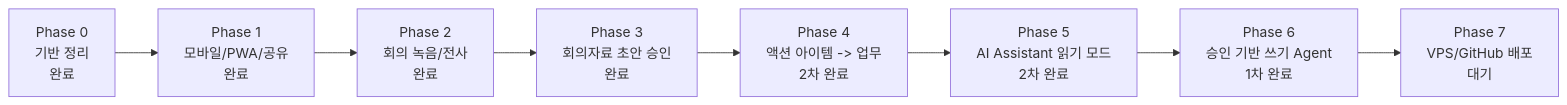
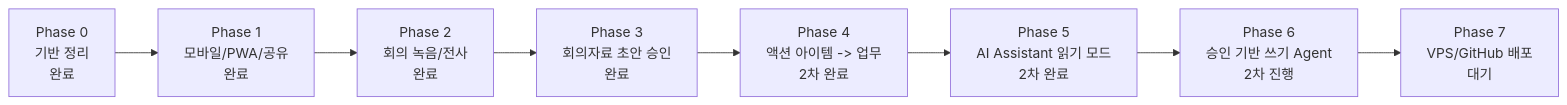
The diagram in docs/PHASE_PROGRESS.md (naral3221-dotcom/intruth.com), drawn with Mermaid before and after one commit. The commit also changed other lines of this file and 5 other files, not shown here.

````diff
--- a/docs/PHASE_PROGRESS.md
+++ b/docs/PHASE_PROGRESS.md
@@ -10,10 +10,10 @@
 ```mermaid
 flowchart LR
   P0["Phase 0\n기반 정리\n완료"] --> P1["Phase 1\n모바일/PWA/공유\n완료"]
   P1 --> P2["Phase 2\n회의 녹음/전사\n완료"]
   P2 --> P3["Phase 3\n회의자료 초안 승인\n완료"]
   P3 --> P4["Phase 4\n액션 아이템 -> 업무\n2차 완료"]
   P4 --> P5["Phase 5\nAI Assistant 읽기 모드\n2차 완료"]
-  P5 --> P6["Phase 6\n승인 기반 쓰기 Agent\n1차 완료"]
+  P5 --> P6["Phase 6\n승인 기반 쓰기 Agent\n2차 진행"]
   P6 --> P7["Phase 7\nVPS/GitHub 배포\n대기"]
 ```
````
